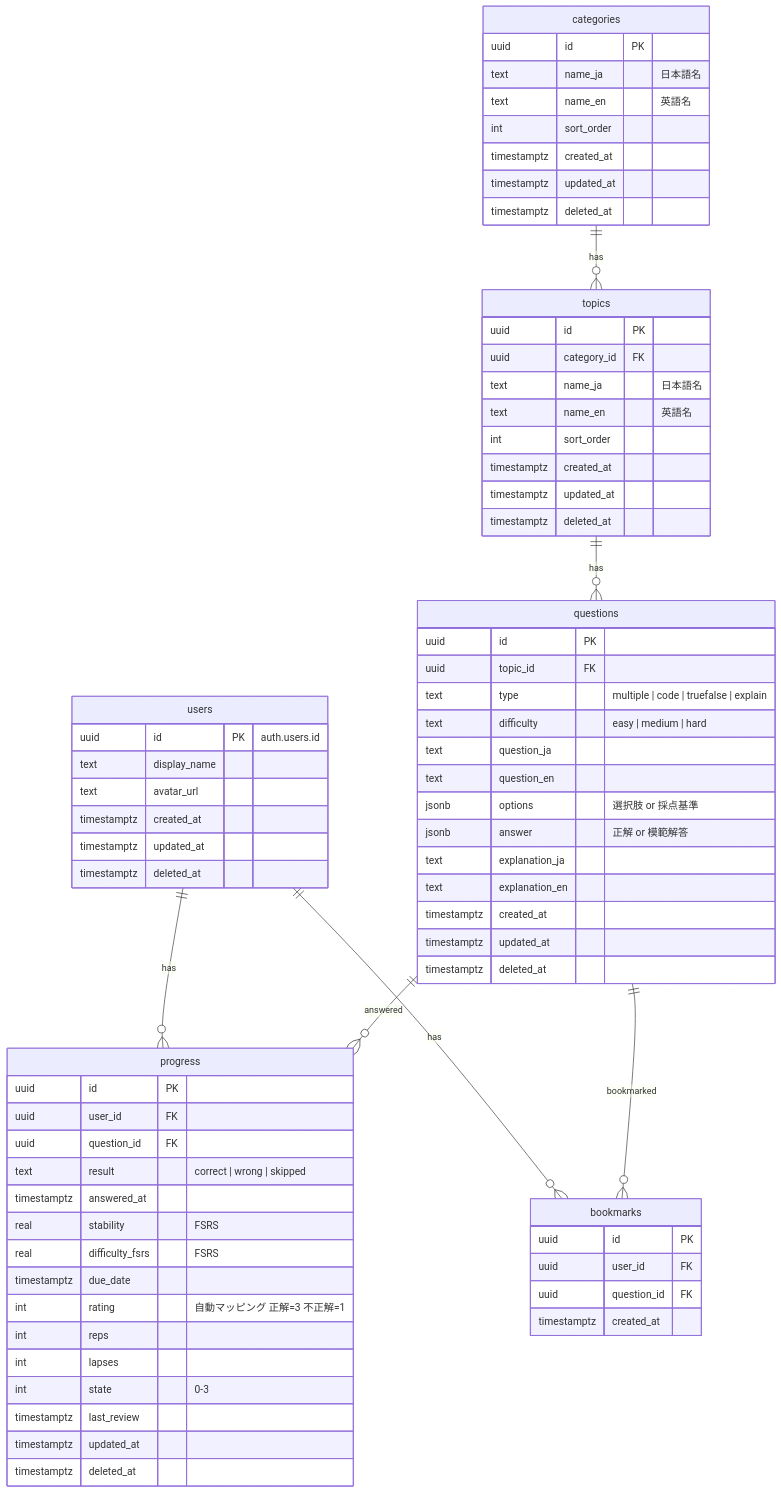
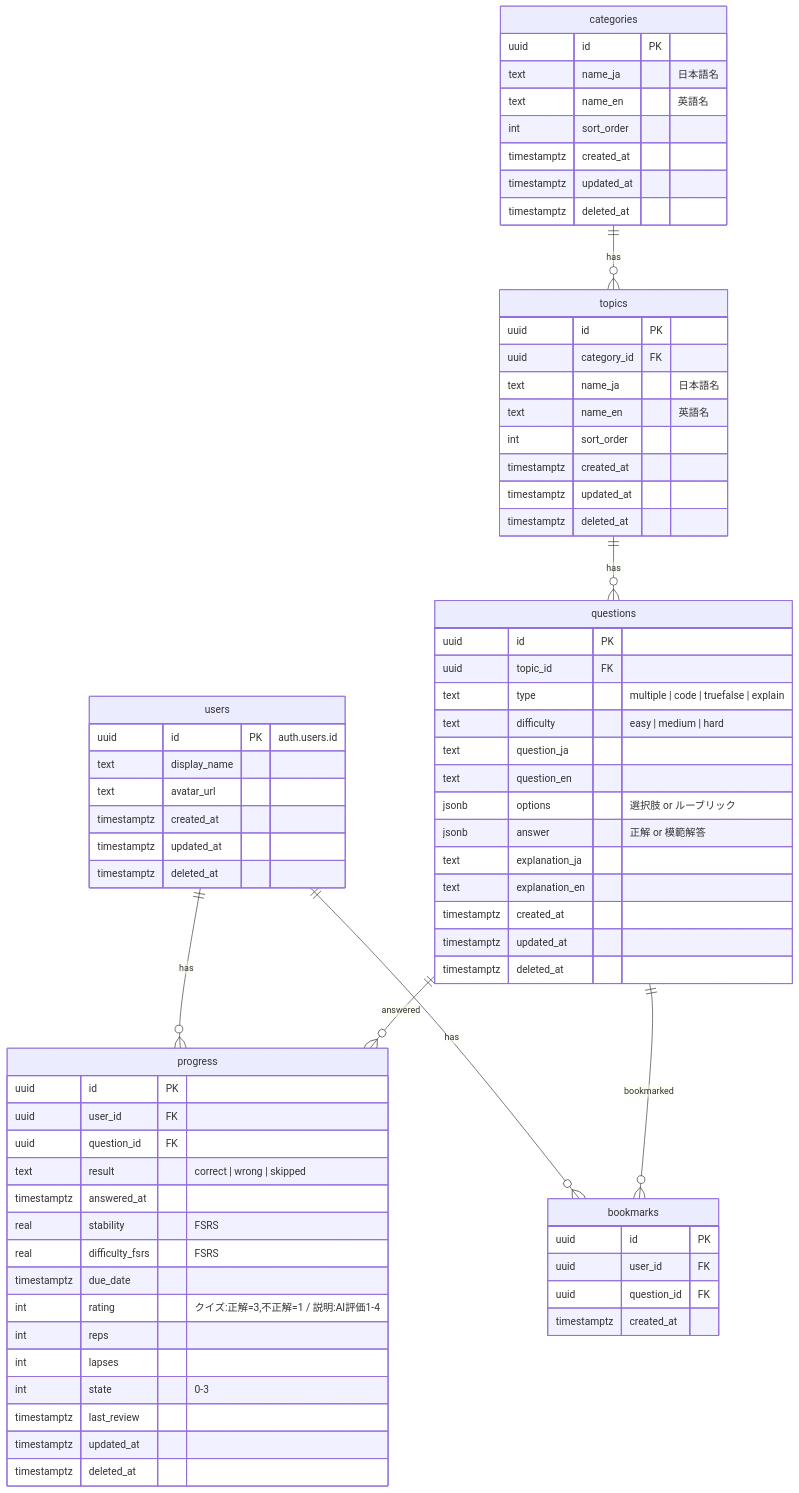
Before and after one commit to kohei240155/techinterviewprep: the diagram in docs/database-design.md, drawn with Mermaid. The commit also changed other lines of this file and 1 other file, not shown here.

````diff
--- a/docs/database-design.md
+++ b/docs/database-design.md
@@ -9,80 +9,80 @@
 ```mermaid
 erDiagram
     categories ||--o{ topics : "has"
     users ||--o{ progress : "has"
     users ||--o{ bookmarks : "has"
     topics ||--o{ questions : "has"
     questions ||--o{ progress : "answered"
     questions ||--o{ bookmarks : "bookmarked"
 
     users {
         uuid id PK "auth.users.id"
         text display_name
         text avatar_url
         timestamptz created_at
         timestamptz updated_at
         timestamptz deleted_at
     }
 
     categories {
         uuid id PK
         text name_ja "日本語名"
         text name_en "英語名"
         int sort_order
         timestamptz created_at
         timestamptz updated_at
         timestamptz deleted_at
     }
 
     topics {
         uuid id PK
         uuid category_id FK
         text name_ja "日本語名"
         text name_en "英語名"
         int sort_order
         timestamptz created_at
         timestamptz updated_at
         timestamptz deleted_at
     }
 
     questions {
         uuid id PK
         uuid topic_id FK
         text type "multiple | code | truefalse | explain"
         text difficulty "easy | medium | hard"
         text question_ja
         text question_en
-        jsonb options "選択肢 or 採点基準"
+        jsonb options "選択肢 or ルーブリック"
         jsonb answer "正解 or 模範解答"
         text explanation_ja
         text explanation_en
         timestamptz created_at
         timestamptz updated_at
         timestamptz deleted_at
     }
 
     bookmarks {
         uuid id PK
         uuid user_id FK
         uuid question_id FK
         timestamptz created_at
     }
 
     progress {
         uuid id PK
         uuid user_id FK
         uuid question_id FK
         text result "correct | wrong | skipped"
         timestamptz answered_at
         real stability "FSRS"
         real difficulty_fsrs "FSRS"
         timestamptz due_date
-        int rating "自動マッピング 正解=3 不正解=1"
+        int rating "クイズ:正解=3,不正解=1 / 説明:AI評価1-4"
         int reps
         int lapses
         int state "0-3"
         timestamptz last_review
         timestamptz updated_at
         timestamptz deleted_at
     }
 ```
````
